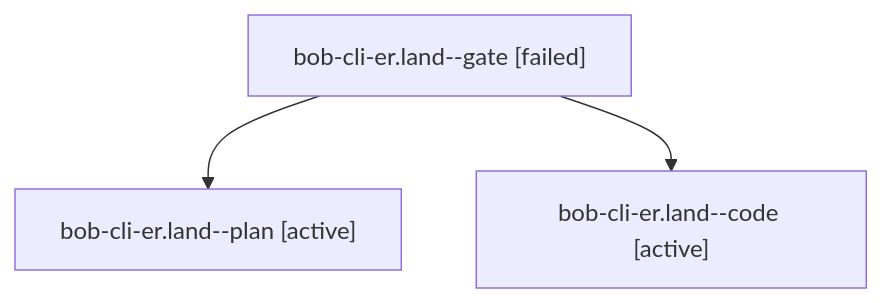
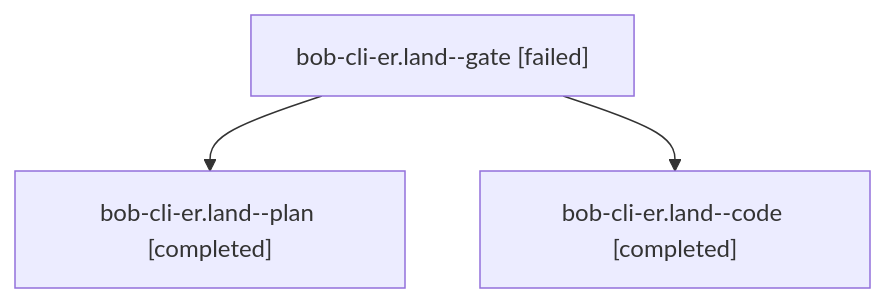
One commit to bobs-org/bob-cli--agents changed the diagram in sessions/bbugyi200.athena.bob-cli-er.land.md. Above: the diagram before and after it, drawn with Mermaid. The commit also changed other lines of this file and 26 other files, not shown here.

````diff
--- a/sessions/bbugyi200.athena.bob-cli-er.land.md
+++ b/sessions/bbugyi200.athena.bob-cli-er.land.md
@@ -9,8 +9,8 @@
 ```mermaid
 flowchart TD
   n0["bob-cli-er.land--gate [failed]"]
-  n1["bob-cli-er.land--plan [active]"]
+  n1["bob-cli-er.land--plan [completed]"]
   n0 --> n1
-  n2["bob-cli-er.land--code [active]"]
+  n2["bob-cli-er.land--code [completed]"]
   n0 --> n2
 ```
````
